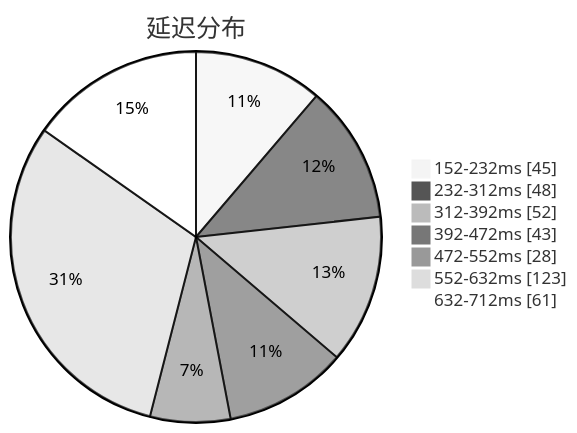
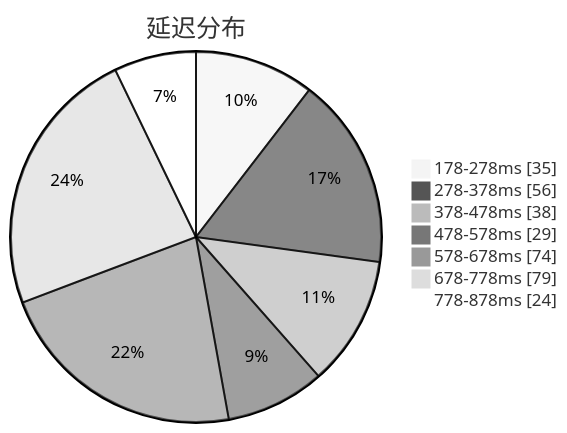
Before and after one commit to qjlxg/airport: the first of 3 diagrams in subs/statistics/tested_within.md, drawn with Mermaid (neutral theme). The commit also changed other lines of this file and 2 other files, not shown here.

Commit message:
Tested by metaST

````diff
--- a/subs/statistics/tested_within.md
+++ b/subs/statistics/tested_within.md
@@ -2,11 +2,11 @@
 ```mermaid
 pie showData
 title 延迟分布
-"152-232ms" : 45
-"232-312ms" : 48
-"312-392ms" : 52
-"392-472ms" : 43
-"472-552ms" : 28
-"552-632ms" : 123
-"632-712ms" : 61
+"178-278ms" : 35
+"278-378ms" : 56
+"378-478ms" : 38
+"478-578ms" : 29
+"578-678ms" : 74
+"678-778ms" : 79
+"778-878ms" : 24
 ```
````
